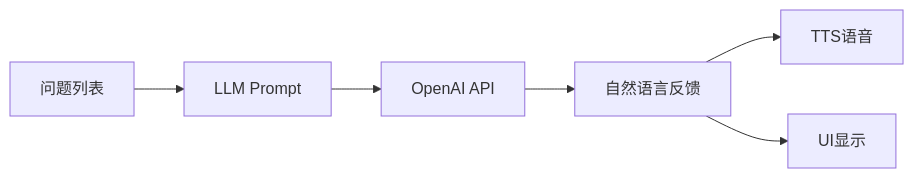
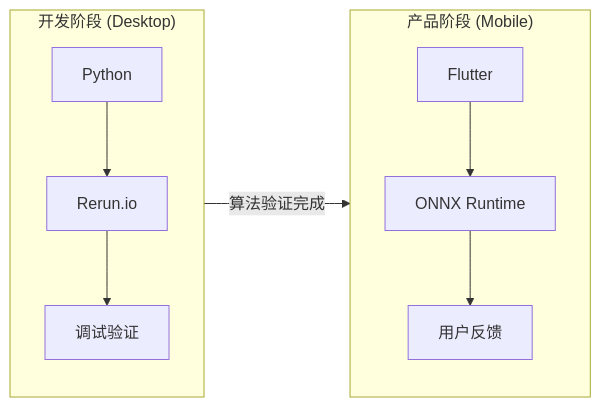
The diagram in docs/zh/design/architecture/system-design.md (movement-chain-ai/movement-chain-docs), drawn with Mermaid before and after one commit. The commit also changed other lines of this file, not shown here.

First line of the commit message:
fix(zh): 修正系统架构图数据流顺序

````diff
--- a/docs/zh/design/architecture/system-design.md
+++ b/docs/zh/design/architecture/system-design.md
@@ -191,8 +347,14 @@
 ```mermaid
-flowchart LR
-    A[问题列表] --> B[LLM Prompt]
-    B --> C[OpenAI API]
-    C --> D[自然语言反馈]
-    D --> E[TTS语音]
-    D --> F[UI显示]
+graph LR
+    subgraph DEV["开发阶段 (Desktop)"]
+        D1[Python] --> D2[Rerun.io]
+        D2 --> D3[调试验证]
+    end
+
+    subgraph PROD["产品阶段 (Mobile)"]
+        P1[Flutter] --> P2[ONNX Runtime]
+        P2 --> P3[用户反馈]
+    end
+
+    DEV --> |"算法验证完成"| PROD
 ```
````
